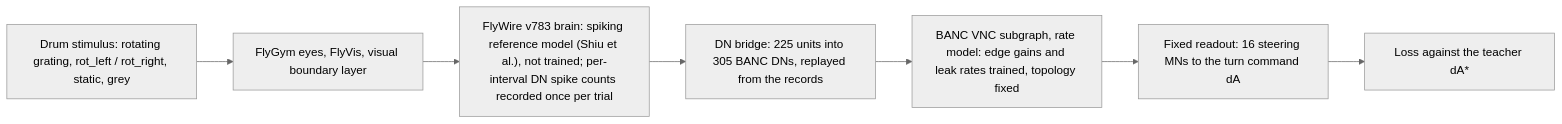
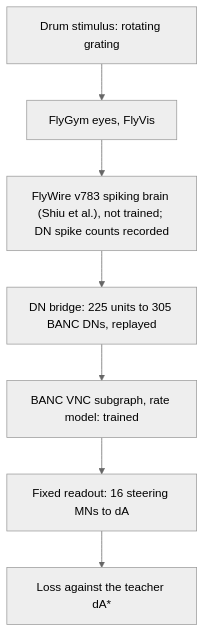
One commit to omeruk/synaptera-banc-brain changed the diagram in README.md. Above: the diagram before and after it, drawn with Mermaid (neutral theme). The commit also changed other lines of this file and 3 other files, not shown here.

````diff
--- a/README.md
+++ b/README.md
@@ -61,9 +61,9 @@
 ```mermaid
-flowchart LR
-  S["Drum stimulus: rotating grating, rot_left / rot_right, static, grey"] --> E["FlyGym eyes, FlyVis, visual boundary layer"]
-  E --> Bn["FlyWire v783 brain: spiking reference model (Shiu et al.), not trained; per-interval DN spike counts recorded once per trial"]
-  Bn --> D["DN bridge: 225 units into 305 BANC DNs, replayed from the records"]
-  D --> V["BANC VNC subgraph, rate model: edge gains and leak rates trained, topology fixed"]
-  V --> M["Fixed readout: 16 steering MNs to the turn command dA"]
+flowchart TD
+  S["Drum stimulus: rotating grating"] --> E["FlyGym eyes, FlyVis"]
+  E --> Bn["FlyWire v783 spiking brain (Shiu et al.), not trained; DN spike counts recorded"]
+  Bn --> D["DN bridge: 225 units to 305 BANC DNs, replayed"]
+  D --> V["BANC VNC subgraph, rate model: trained"]
+  V --> M["Fixed readout: 16 steering MNs to dA"]
   M --> L["Loss against the teacher dA*"]
 ```
````
